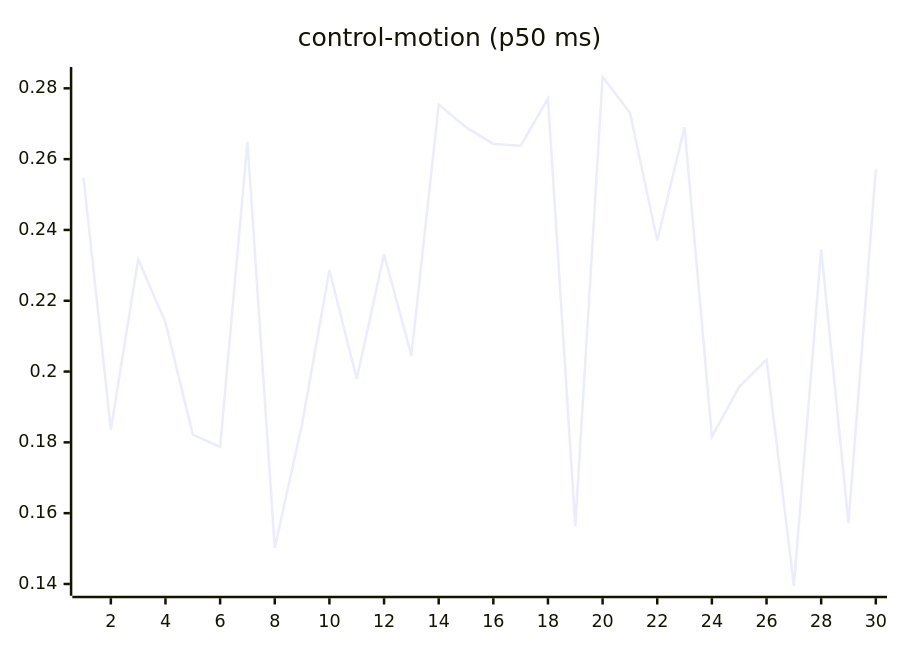
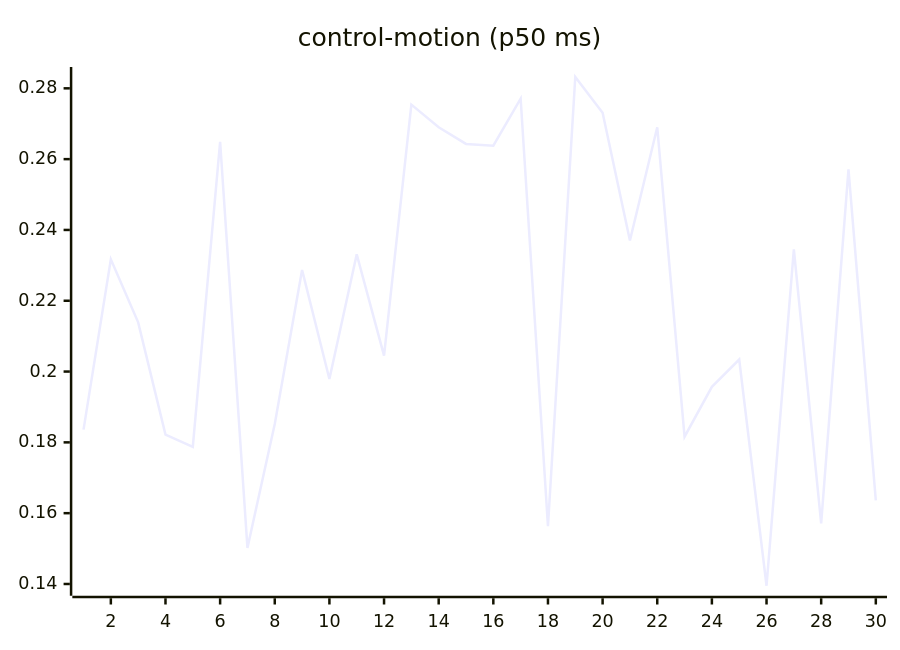
The seventh of 27 diagrams in README.md (josha/Facet), drawn with Mermaid before and after one commit. The commit also changed other lines of this file and 2 other files, not shown here.

````diff
--- a/README.md
+++ b/README.md
@@ -105,6 +105,6 @@
 ```mermaid
 xychart-beta
     title "control-motion (p50 ms)"
     x-axis 1 --> 30
-    line [0.2547, 0.1836, 0.2317, 0.2139, 0.1822, 0.1787, 0.2649, 0.1502, 0.1852, 0.2287, 0.1979, 0.2331, 0.2045, 0.2754, 0.2690, 0.2643, 0.2638, 0.2771, 0.1563, 0.2832, 0.2731, 0.2370, 0.2690, 0.1816, 0.1957, 0.2034, 0.1395, 0.2345, 0.1571, 0.2571]
+    line [0.1836, 0.2317, 0.2139, 0.1822, 0.1787, 0.2649, 0.1502, 0.1852, 0.2287, 0.1979, 0.2331, 0.2045, 0.2754, 0.2690, 0.2643, 0.2638, 0.2771, 0.1563, 0.2832, 0.2731, 0.2370, 0.2690, 0.1816, 0.1957, 0.2034, 0.1395, 0.2345, 0.1571, 0.2571, 0.1636]
 ```
````
